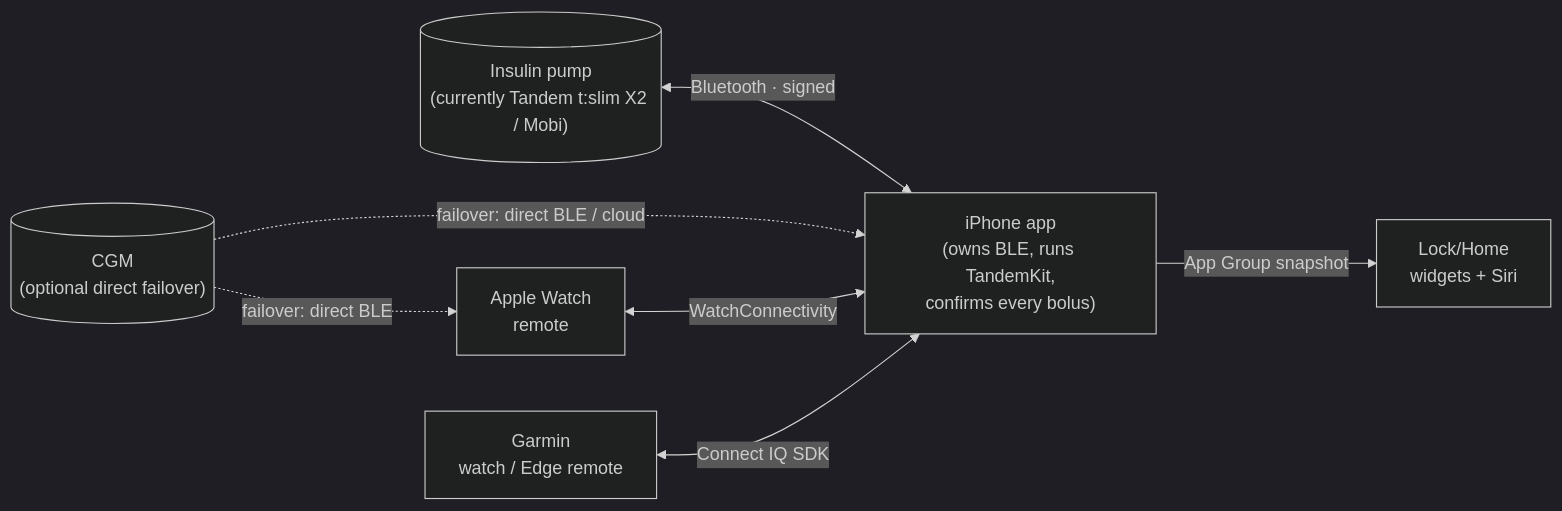
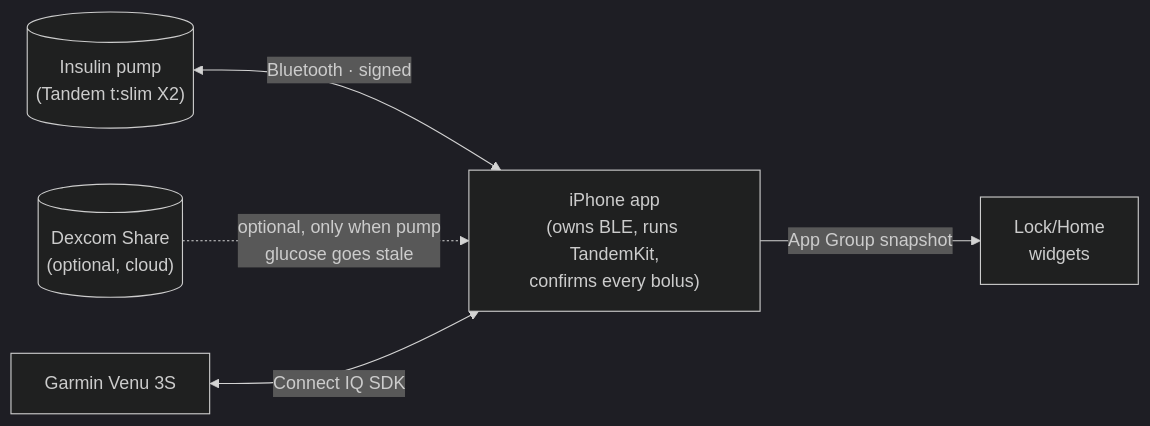
One commit to faBolus-app/faBolus changed the diagram in docs/architecture.md. Above: the diagram before and after it, drawn with Mermaid (dark theme). The commit also changed other lines of this file, not shown here.

````diff
--- a/docs/architecture.md
+++ b/docs/architecture.md
@@ -12,16 +13,13 @@
 ```mermaid
 flowchart LR
-    Pump[("Insulin pump\n(currently Tandem t:slim X2 / Mobi)")]
-    CGM[("CGM\n(optional direct failover)")]
+    Pump[("Insulin pump\n(Tandem t:slim X2)")]
+    Share[("Dexcom Share\n(optional, cloud)")]
     Phone["iPhone app\n(owns BLE, runs TandemKit,\nconfirms every bolus)"]
-    Watch["Apple Watch\nremote"]
-    Garmin["Garmin\nwatch / Edge remote"]
-    Widgets["Lock/Home\nwidgets + Siri"]
+    Garmin["Garmin Venu 3S"]
+    Widgets["Lock/Home\nwidgets"]
 
     Pump <-->|Bluetooth · signed| Phone
-    CGM -.->|failover: direct BLE / cloud| Phone
-    CGM -.->|failover: direct BLE| Watch
-    Watch <-->|WatchConnectivity| Phone
+    Share -.->|optional, only when pump\nglucose goes stale| Phone
     Garmin <-->|Connect IQ SDK| Phone
     Phone -->|App Group snapshot| Widgets
 ```
````
